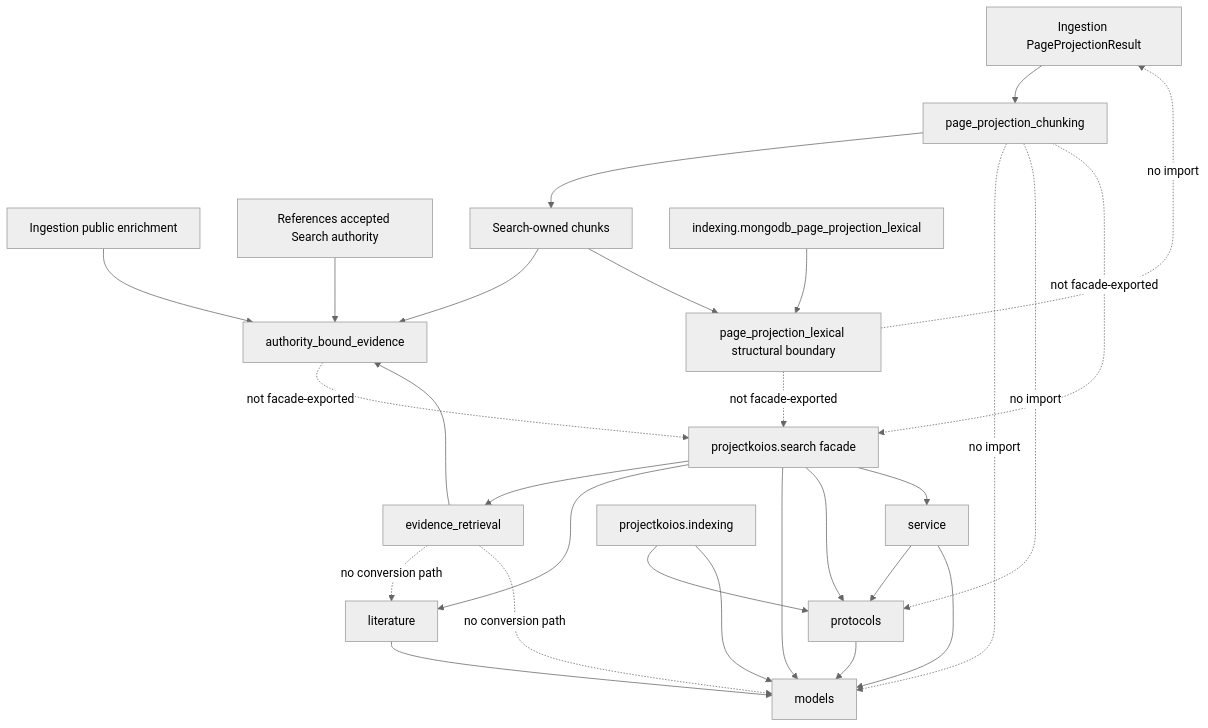
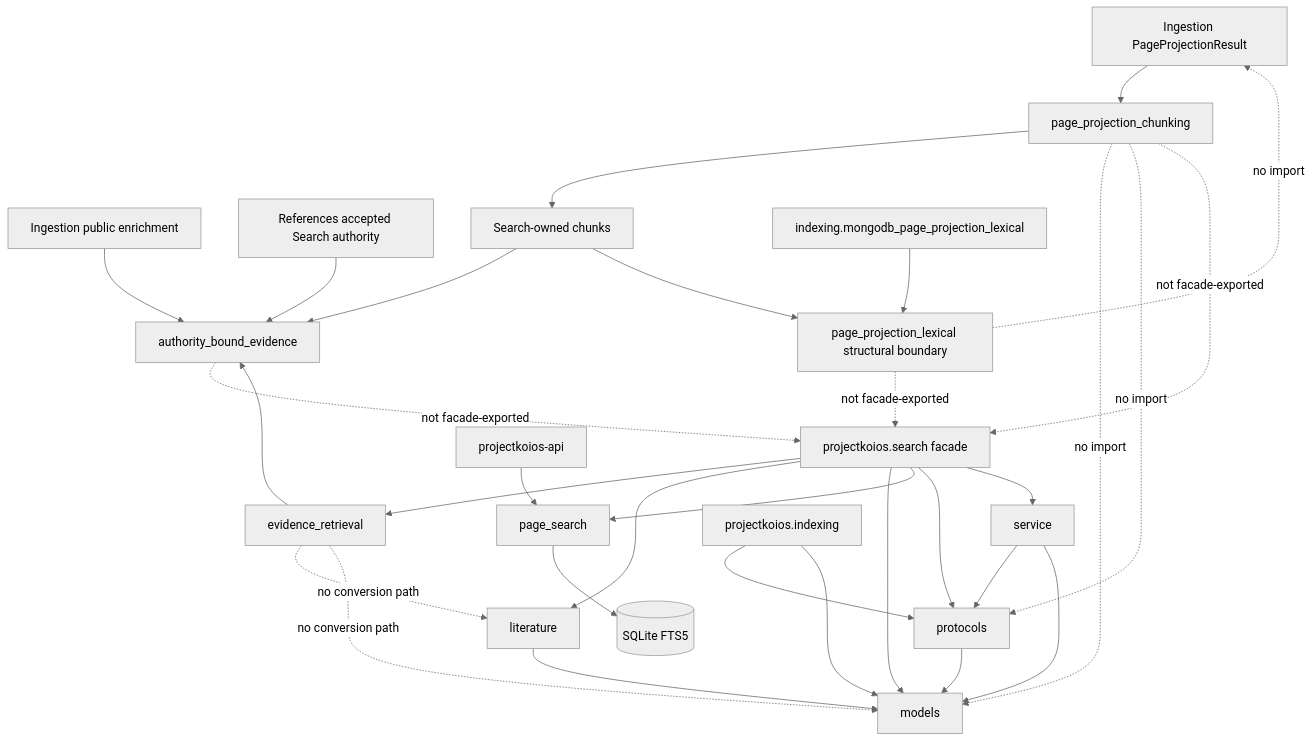
The diagram in docs/architecture/projectkoios/search/schematic.md (eragasa/projectkoios-search), drawn with Mermaid (neutral theme) before and after one commit. The commit also changed 27 other files, not shown here.

Commit message:
feat(search): add typed physical-page FTS index

````diff
--- a/docs/architecture/projectkoios/search/schematic.md
+++ b/docs/architecture/projectkoios/search/schematic.md
@@ -3,30 +3,33 @@
 ```mermaid
 flowchart TB
     Ingestion["Ingestion PageProjectionResult"] --> Chunking["page_projection_chunking"]
     Enrichment["Ingestion public enrichment"] --> Authority["authority_bound_evidence"]
     References["References accepted Search authority"] --> Authority
     Chunking --> SearchChunks["Search-owned chunks"]
     SearchChunks --> Authority
     SearchChunks --> Lexical["page_projection_lexical structural boundary"]
     Evidence --> Authority
     Facade["projectkoios.search facade"] --> Evidence["evidence_retrieval"]
     Facade --> Literature["literature"]
     Facade --> Models["models"]
+    Facade --> PageSearch["page_search"]
     Facade --> Protocols["protocols"]
     Facade --> Service["service"]
     Literature --> Models
     Protocols --> Models
     Service --> Protocols
     Service --> Models
     Indexing["projectkoios.indexing"] --> Protocols
     Indexing --> Models
     Evidence -. "no conversion path" .-> Literature
     Evidence -. "no conversion path" .-> Models
     Chunking -. "no import" .-> Models
     Chunking -. "no import" .-> Protocols
     Chunking -. "not facade-exported" .-> Facade
     Lexical -. "no import" .-> Ingestion
     Lexical -. "not facade-exported" .-> Facade
     Authority -. "not facade-exported" .-> Facade
     MongoLexical["indexing.mongodb_page_projection_lexical"] --> Lexical
+    PageSearch --> SQLite[(SQLite FTS5)]
+    API["projectkoios-api"] --> PageSearch
 ```
````
